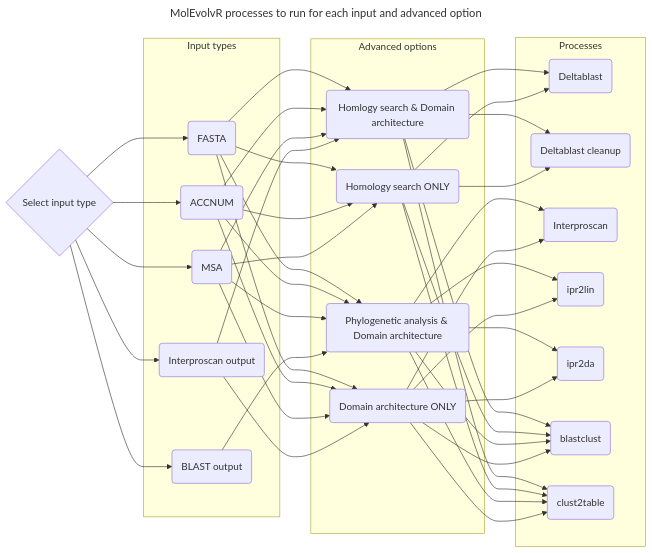
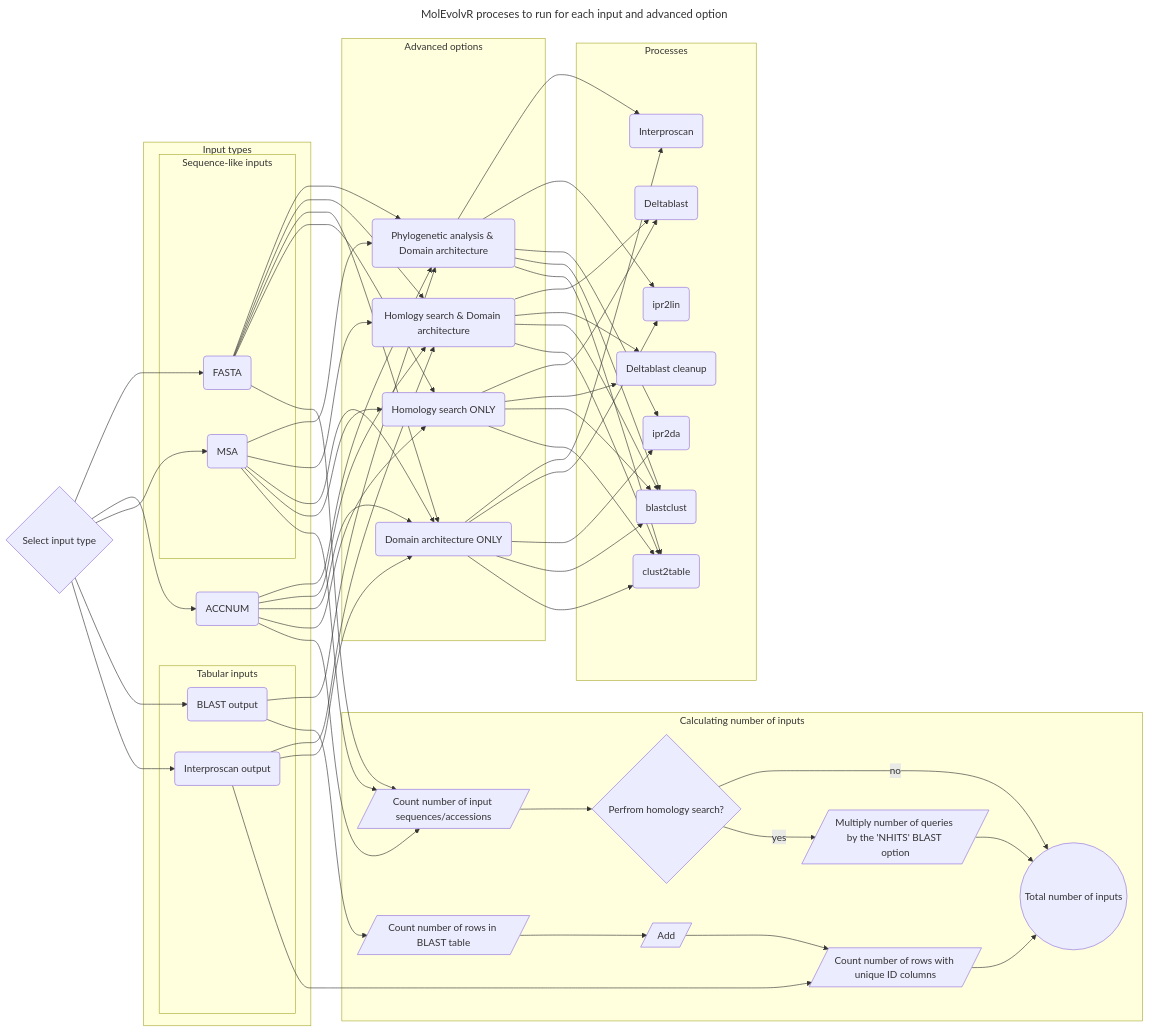
The diagram in docs/mermaid-input_and_adv_opts_processes.md (JRaviLab/MolEvolvR), drawn with Mermaid before and after one commit. The commit also changed 2 other files, not shown here.

Commit message:
mermaid: add sub graph for calculating number of inputs

````diff
--- a/docs/mermaid-input_and_adv_opts_processes.md
+++ b/docs/mermaid-input_and_adv_opts_processes.md
@@ -10,16 +10,21 @@
 ```mermaid
 ---
-title: MolEvolvR processes to run for each input and advanced option
+title: MolEvolvR proceses to run for each input and advanced option
 ---
 flowchart LR
 
     SELECT_INPUT{Select input type}
     subgraph "Input types"
-        FASTA(FASTA)
+        subgraph "Sequence-like inputs"
+            FASTA(FASTA)
+            MSA(MSA)
+        end
         ACCNUM(ACCNUM)
-        MSA(MSA)
-        BLAST_OUTPUT(BLAST output)
-        INTERPROSCAN_OUTPUT(Interproscan output)
+
+        subgraph "Tabular inputs"
+            BLAST_OUTPUT(BLAST output)
+            INTERPROSCAN_OUTPUT(Interproscan output)
+        end
     end
 
         SELECT_INPUT --> FASTA
@@ -28,7 +33,7 @@
         SELECT_INPUT --> BLAST_OUTPUT
         SELECT_INPUT --> INTERPROSCAN_OUTPUT
     
-    subgraph "Advanced options"
+    subgraph "Advanced options "
         PHYLO_AND_DOMARCH(Phylogenetic analysis & Domain architecture)
         HOMOLOGY_AND_DOMARCH(Homlogy search & Domain architecture)
         DOMARCH(Domain architecture ONLY)
@@ -56,7 +61,7 @@
         INTERPROSCAN_OUTPUT --> HOMOLOGY_AND_DOMARCH
         INTERPROSCAN_OUTPUT --> DOMARCH
         
-    subgraph "Processes"
+    subgraph "Processes "
         DELTABLAST(Deltablast)
         DELTABLAST_CLEANUP(Deltablast cleanup)
         INTERPROSCAN(Interproscan)
@@ -89,4 +94,28 @@
         DOMARCH --> BLASTCLUST
         DOMARCH --> CLUST2TABLE
 
+    subgraph "Calculating number of inputs"
+        COUNT_SEQS[/Count number of input sequences/accessions/]
+        COUNT_UNIQUE_ID_ROWS[/Count number of rows with unique ID columns/]
+        COUNT_ROWS[/Count number of rows in BLAST table/]
+        HOMOLOGY_SEARCH_DECISION{Perfrom homology search?}
+        ADD[/Add/]
+        MULTIPLY_BLAST_HIT_OPTION[/Multiply number of queries by the 'NHITS' BLAST option/]
+        TOTAL_INPUTS((Total number of inputs))
+    end
+    %% Assign the workflow of calculating number of inputs for each type
+    FASTA --> COUNT_SEQS
+    ACCNUM --> COUNT_SEQS
+    MSA --> COUNT_SEQS
+    %% Factor in homology search option
+    COUNT_SEQS --> HOMOLOGY_SEARCH_DECISION
+    HOMOLOGY_SEARCH_DECISION --noo--> TOTAL_INPUTS
+    HOMOLOGY_SEARCH_DECISION --yes--> MULTIPLY_BLAST_HIT_OPTION
+    MULTIPLY_BLAST_HIT_OPTION --> TOTAL_INPUTS
+    %% Blast output
+    BLAST_OUTPUT --> COUNT_ROWS --> ADD --> COUNT_UNIQUE_ID_ROWS
+    %% Interproscan
+    INTERPROSCAN_OUTPUT --> COUNT_UNIQUE_ID_ROWS
+    COUNT_UNIQUE_ID_ROWS --> TOTAL_INPUTS
+
 ```
````
